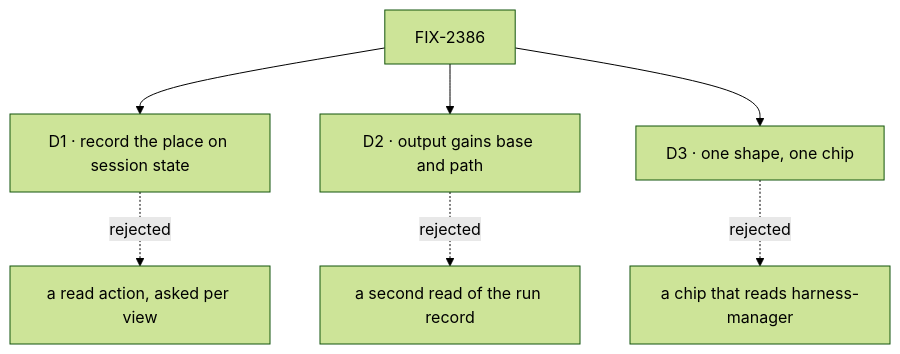
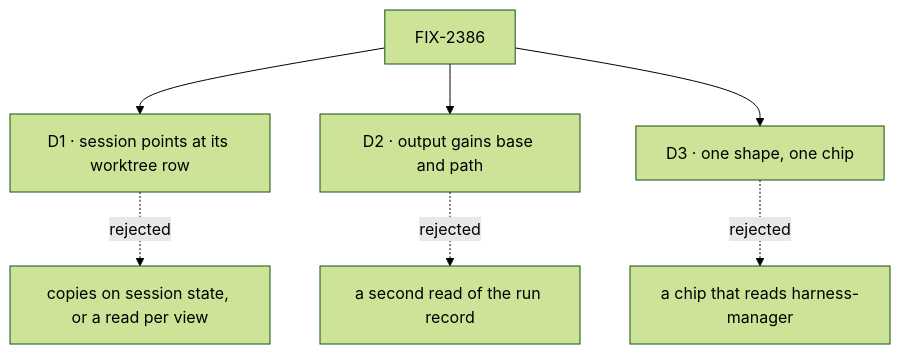
One commit to fixpoint-labs/flow-state-dev changed the diagram in specs/issues/FIX-2386/DECISIONS.md. Above: the diagram before and after it, drawn with Mermaid (forest theme). The commit also changed other lines of this file and 1 other file, not shown here.

First line of the commit message:
spec(FIX-2386): session state points at FIX-2439's worktree row

````diff
--- a/specs/issues/FIX-2386/DECISIONS.md
+++ b/specs/issues/FIX-2386/DECISIONS.md
@@ -9,9 +10,9 @@
 ```mermaid
 flowchart TD
-  I["FIX-2386"] --> D1["D1 · record the place on session state"]
-  D1 -.->|"rejected"| X1["a read action, asked per view"]
+  I["FIX-2386"] --> D1["D1 · session points at its worktree row"]
+  D1 -.->|"rejected"| X1["copies on session state, or a read per view"]
   I --> D2["D2 · output gains base and path"]
   D2 -.->|"rejected"| X2["a second read of the run record"]
   I --> D3["D3 · one shape, one chip"]
   D3 -.->|"rejected"| X3["a chip that reads harness-manager"]
 ```
````
